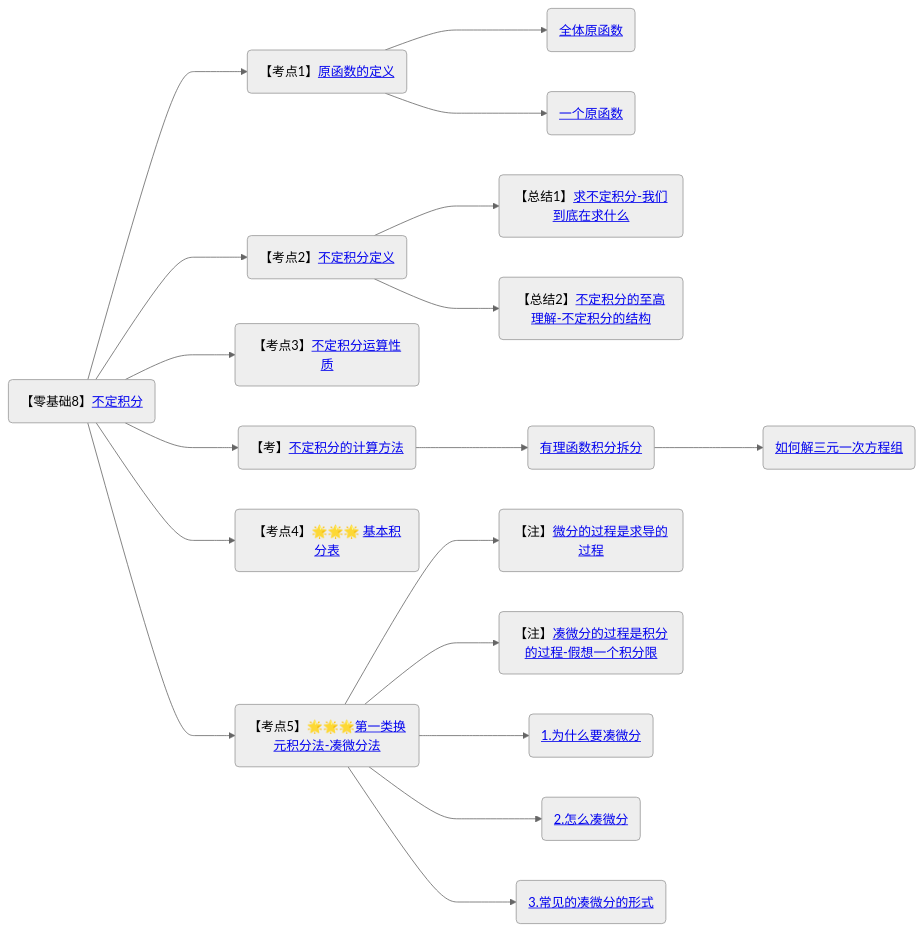
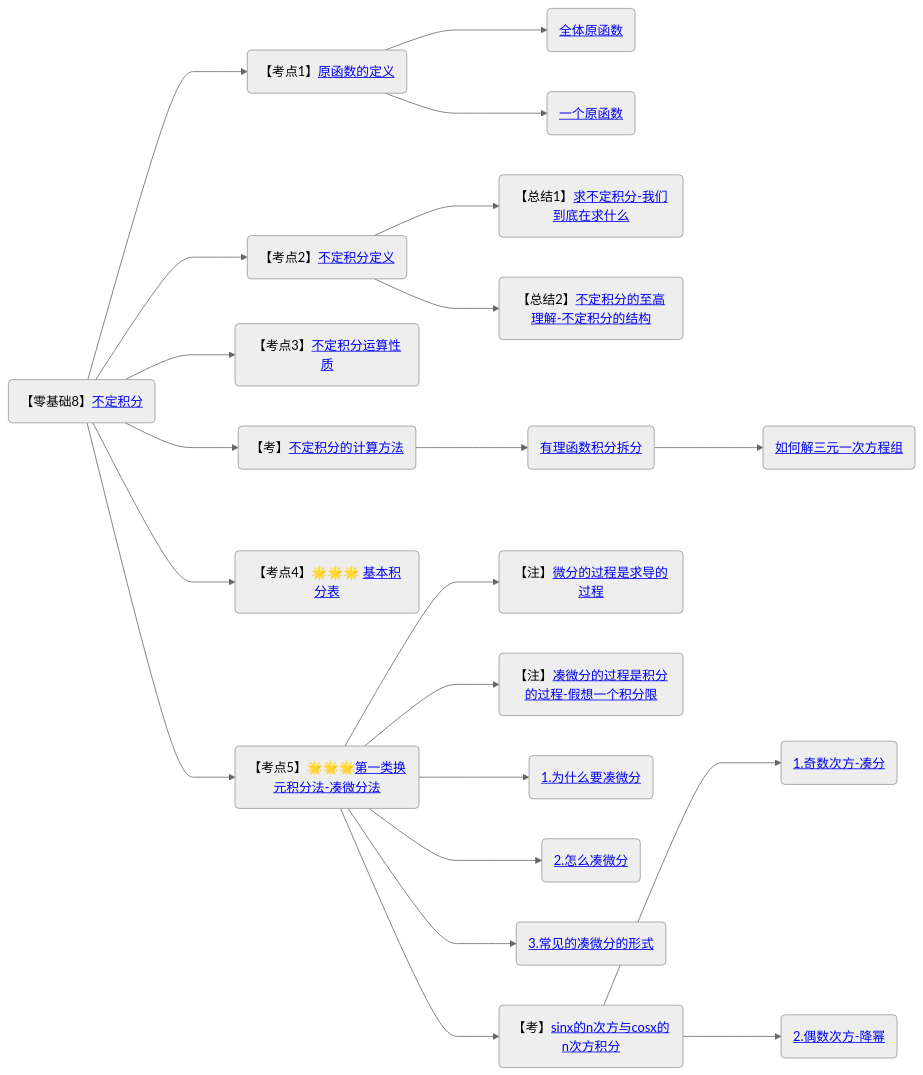
The tenth of 11 diagrams in 笔记/数学/周洋鑫/框架.md (yuebinghui/note), drawn with Mermaid (neutral theme) before and after one commit. The commit also changed 7 other files, not shown here.

````diff
--- a/笔记/数学/周洋鑫/框架.md
+++ b/笔记/数学/周洋鑫/框架.md
@@ -301,28 +301,31 @@
 ```mermaid
 graph LR
 
 不定积分(【零基础8】<a target="_blank"  href="/Users/yuebinghui/Documents/program/github/note/笔记/数学/周洋鑫/13.零基础核心考点精讲12-1.md#不定积分">不定积分</>)
 
 不定积分--->原函数的定义(【考点1】<a  href="/Users/yuebinghui/Documents/program/github/note/笔记/数学/周洋鑫/13.零基础核心考点精讲12-1.md#原函数的定义">原函数的定义</>)
 原函数的定义--->全体原函数(<a target="_blank"  href="/Users/yuebinghui/Documents/program/github/note/笔记/数学/周洋鑫/13.零基础核心考点精讲12-1.md#全体原函数">全体原函数</>)
 原函数的定义--->一个原函数(<a target="_blank"  href="/Users/yuebinghui/Documents/program/github/note/笔记/数学/周洋鑫/13.零基础核心考点精讲12-1.md#一个原函数">一个原函数</>)
 
 不定积分--->不定积分定义(【考点2】<a target="_blank"  href="/Users/yuebinghui/Documents/program/github/note/笔记/数学/周洋鑫/13.零基础核心考点精讲12-1.md#不定积分定义">不定积分定义</>)
 不定积分定义--->求不定积分-我们到底在求什么(【总结1】<a target="_blank"  href="/Users/yuebinghui/Documents/program/github/note/笔记/数学/周洋鑫/13.零基础核心考点精讲12-1.md#求不定积分-我们到底在求什么">求不定积分-我们到底在求什么</>)
 不定积分定义--->不定积分的至高理解-不定积分的结构(【总结2】<a target="_blank"  href="/Users/yuebinghui/Documents/program/github/note/笔记/数学/周洋鑫/13.零基础核心考点精讲12-1.md#不定积分的至高理解-不定积分的结构">不定积分的至高理解-不定积分的结构</>)
 
 不定积分--->不定积分运算性质(【考点3】<a target="_blank"  href="/Users/yuebinghui/Documents/program/github/note/笔记/数学/周洋鑫/13.零基础核心考点精讲12-1.md#不定积分运算性质">不定积分运算性质</>)
 
 不定积分--->不定积分的计算方法(【考】<a target="_blank"  href="/Users/yuebinghui/Documents/program/github/note/笔记/数学/周洋鑫/13.零基础核心考点精讲12-1.md#不定积分的计算方法">不定积分的计算方法</>)
 不定积分的计算方法--->有理函数积分拆分(<a target="_blank"  href="/Users/yuebinghui/Documents/program/github/note/笔记/数学/周洋鑫/13.零基础核心考点精讲12-1.md#有理函数积分拆分">有理函数积分拆分</>)
 有理函数积分拆分--->如何解三元一次方程组(<a target="_blank"  href="/Users/yuebinghui/Documents/program/github/note/笔记/数学/周洋鑫/13.零基础核心考点精讲12-1.md#如何解三元一次方程组">如何解三元一次方程组</>)
 
 不定积分--->基本积分表(【考点4】🌟🌟🌟 <a target="_blank"  href="/Users/yuebinghui/Documents/program/github/note/笔记/数学/周洋鑫/13.零基础核心考点精讲12-1.md#基本积分表">基本积分表</>)
 
 不定积分--->第一类换元积分法-凑微分法(【考点5】🌟🌟🌟<a target="_blank"  href="/Users/yuebinghui/Documents/program/github/note/笔记/数学/周洋鑫/13.零基础核心考点精讲12-1.md#第一类换元积分法-凑微分法">第一类换元积分法-凑微分法</>)
 第一类换元积分法-凑微分法--->微分的过程是求导的过程(【注】<a target="_blank"  href="/Users/yuebinghui/Documents/program/github/note/笔记/数学/周洋鑫/13.零基础核心考点精讲12-1.md#微分的过程是求导的过程">微分的过程是求导的过程</>)
 第一类换元积分法-凑微分法--->凑微分的过程是积分的过程-假想一个积分限(【注】<a  target="_blank" href="/Users/yuebinghui/Documents/program/github/note/笔记/数学/周洋鑫/13.零基础核心考点精讲12-1.md#凑微分的过程是积分的过程-假想一个积分限">凑微分的过程是积分的过程-假想一个积分限</>)
 第一类换元积分法-凑微分法--->1.为什么要凑微分(<a target="_blank"  href="/Users/yuebinghui/Documents/program/github/note/笔记/数学/周洋鑫/13.零基础核心考点精讲12-1.md#1.为什么要凑微分">1.为什么要凑微分</>)
 第一类换元积分法-凑微分法--->2.怎么凑微分(<a target="_blank"  href="/Users/yuebinghui/Documents/program/github/note/笔记/数学/周洋鑫/13.零基础核心考点精讲12-1.md#2.怎么凑微分">2.怎么凑微分</>)
 第一类换元积分法-凑微分法--->3.常见的凑微分的形式(<a href="/Users/yuebinghui/Documents/program/github/note/笔记/数学/周洋鑫/13.零基础核心考点精讲12-1.md#3.常见的凑微分的形式">3.常见的凑微分的形式</>)
+第一类换元积分法-凑微分法--->sinx的n次方与cosx的n次方积分(【考】<a href="/Users/yuebinghui/Documents/program/github/note/笔记/数学/周洋鑫/14.零基础核心考点精讲13-1.md#sinx的n次方与cosx的n次方积分">sinx的n次方与cosx的n次方积分</>)
+sinx的n次方与cosx的n次方积分--->1.奇数次方-凑分(<a href="/Users/yuebinghui/Documents/program/github/note/笔记/数学/周洋鑫/14.零基础核心考点精讲13-1.md#1.奇数次方-凑分">1.奇数次方-凑分</>)
+sinx的n次方与cosx的n次方积分--->2.偶数次方-降幂(<a href="/Users/yuebinghui/Documents/program/github/note/笔记/数学/周洋鑫/14.零基础核心考点精讲13-1.md#2.偶数次方-降幂">2.偶数次方-降幂</>)
 ```
````
